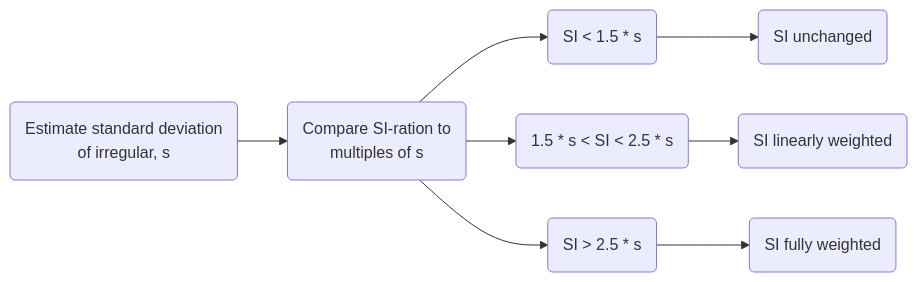
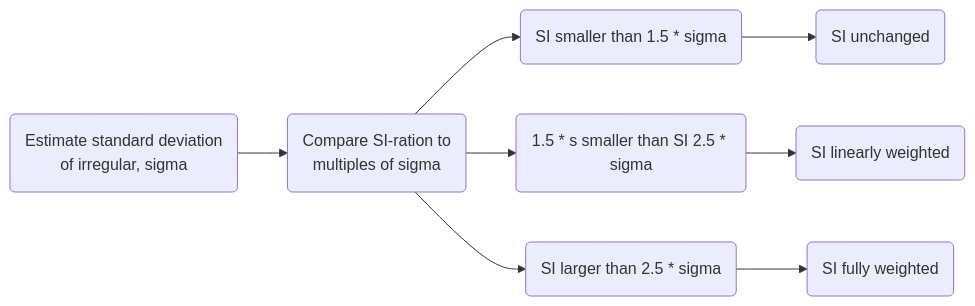
The diagram in 24-x11.qmd (christophsax/seasonalbook.content), drawn with Mermaid before and after one commit. The commit also changed other lines of this file, not shown here.

````diff
--- a/24-x11.qmd
+++ b/24-x11.qmd
@@ -327,14 +331,14 @@
 ```{mermaid}
 %%| label: fig-spec-interaction
 %%| fig-width: 9
 %%| fig-cap: |
 %%|   Default behavior of Extreme value replacement procedure. 
 flowchart LR
-    A(  Estimate standard deviation <br> of irregular, s  )-->B(Compare SI-ration to <br> multiples of s)
-    B-->C(SI < 1.5 * s)
-    B-->D(1.5 * s < SI < 2.5 * s)
-    B-->E(SI > 2.5 * s)
+    A(  Estimate standard deviation <br> of irregular, sigma  )-->B(Compare SI-ration to <br> multiples of sigma)
+    B-->C(SI smaller than 1.5 * sigma)
+    B-->D(1.5 * s smaller than SI 2.5 * sigma)
+    B-->E(SI larger than 2.5 * sigma)
     C --> F(SI unchanged)
     D --> G(SI linearly weighted)
     E --> H(SI fully weighted)
 ```
````
